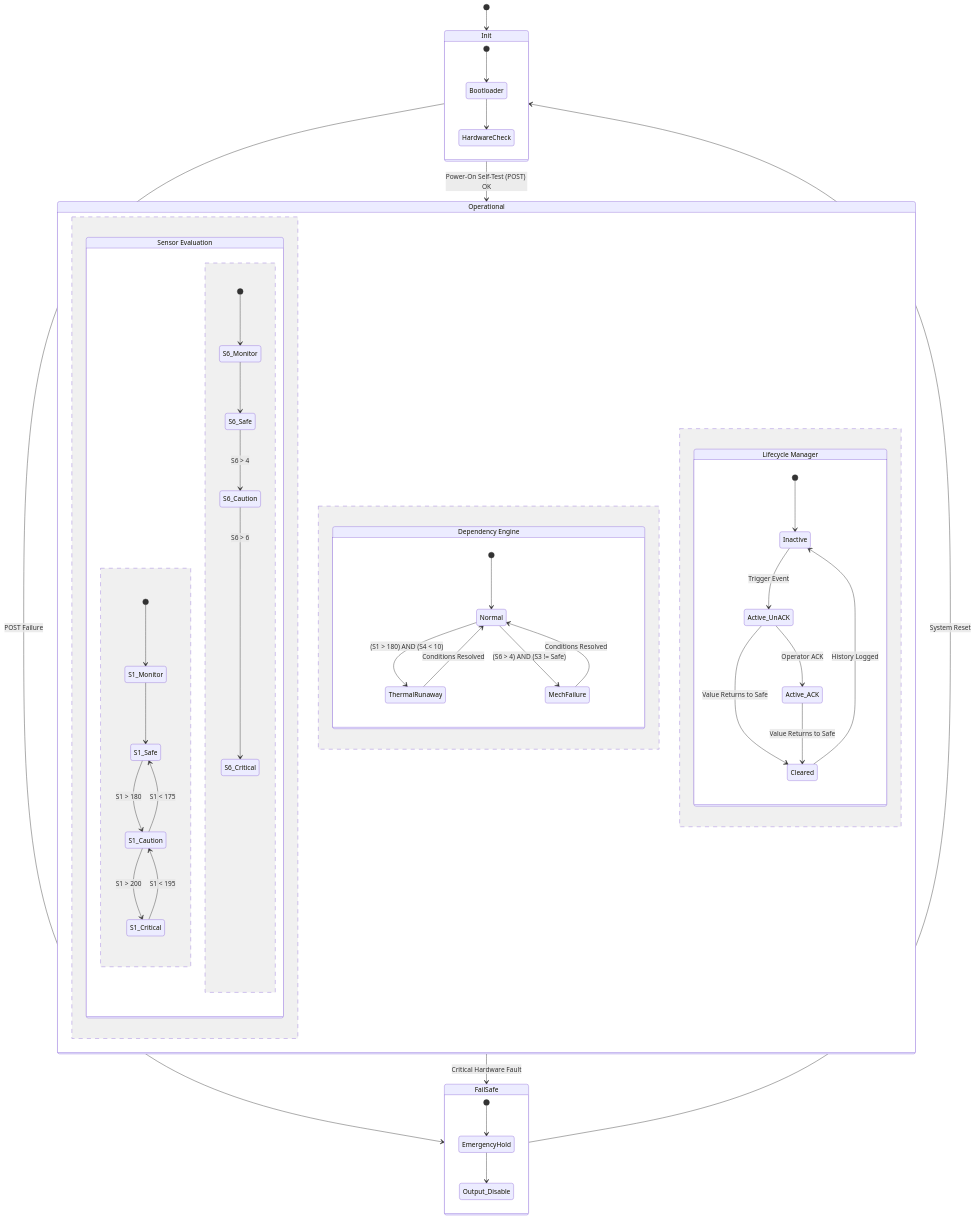
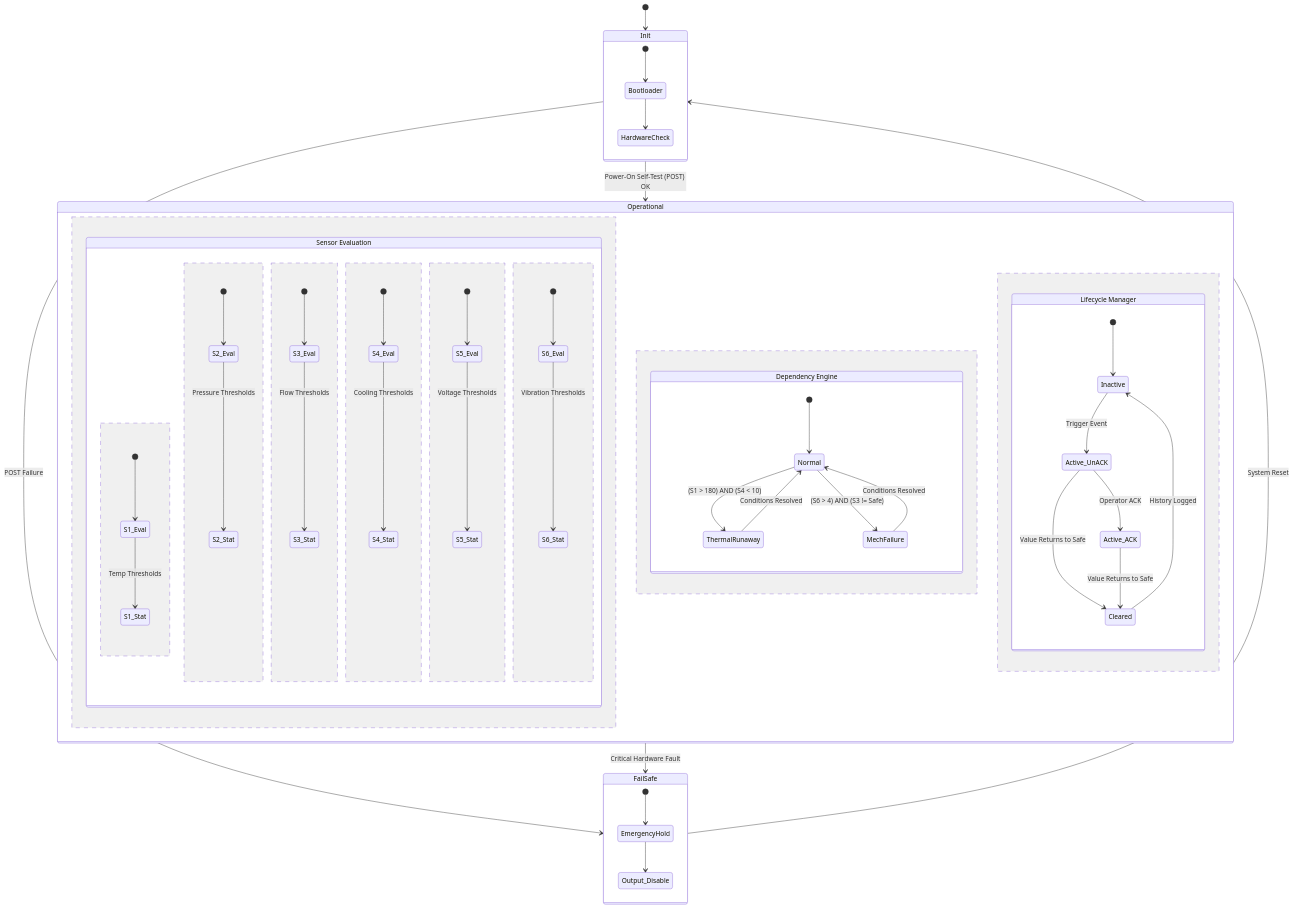
The second of 2 diagrams in docs/sections/uml-statecharts.md (csg523/project-p10-alarm-mgmt), drawn with Mermaid before and after one commit. The commit also changed other lines of this file, not shown here.

Commit message:
Enhance UML statechart with sensor evaluation states
Updated the UML statechart to include evaluation states for multiple sensors with corresponding thresholds.

````diff
--- a/docs/sections/uml-statecharts.md
+++ b/docs/sections/uml-statecharts.md
@@ -88,59 +88,64 @@
 ```mermaid
 stateDiagram-v2
     %% Top Level Transitions
     [*] --> Init
     Init --> Operational : Power-On Self-Test (POST) OK
     Init --> FailSafe : POST Failure
     Operational --> FailSafe : Critical Hardware Fault
     FailSafe --> Init : System Reset
 
     state Init {
         [*] --> Bootloader
         Bootloader --> HardwareCheck
     }
 
     state Operational {
-        %% Parallel Region 1: Sensor Classification
         state "Sensor Evaluation" as Sensors {
-            [*] --> S1_Monitor
-            S1_Monitor --> S1_Safe
-            S1_Safe --> S1_Caution : S1 > 180
-            S1_Caution --> S1_Critical : S1 > 200
-            S1_Critical --> S1_Caution : S1 < 195
-            S1_Caution --> S1_Safe : S1 < 175
+            [*] --> S1_Eval
+            S1_Eval --> S1_Stat : Temp Thresholds
             --
-            [*] --> S6_Monitor
-            S6_Monitor --> S6_Safe
-            S6_Safe --> S6_Caution : S6 > 4
-            S6_Caution --> S6_Critical : S6 > 6
+            [*] --> S2_Eval
+            S2_Eval --> S2_Stat : Pressure Thresholds
+            --
+            [*] --> S3_Eval
+            S3_Eval --> S3_Stat : Flow Thresholds
+            --
+            [*] --> S4_Eval
+            S4_Eval --> S4_Stat : Cooling Thresholds
+            --
+            [*] --> S5_Eval
+            S5_Eval --> S5_Stat : Voltage Thresholds
+            --
+            [*] --> S6_Eval
+            S6_Eval --> S6_Stat : Vibration Thresholds
         }
 
         --
 
         %% Parallel Region 2: Multi-Sensor Dependencies
         state "Dependency Engine" as Logic {
             [*] --> Normal
             Normal --> ThermalRunaway : (S1 > 180) AND (S4 < 10)
             Normal --> MechFailure : (S6 > 4) AND (S3 != Safe)
             ThermalRunaway --> Normal : Conditions Resolved
             MechFailure --> Normal : Conditions Resolved
         }
 
         --
 
         %% Parallel Region 3: Alarm Lifecycle (State Management)
         state "Lifecycle Manager" as Lifecycle {
             [*] --> Inactive
             Inactive --> Active_UnACK : Trigger Event
             Active_UnACK --> Active_ACK : Operator ACK
             Active_UnACK --> Cleared : Value Returns to Safe
             Active_ACK --> Cleared : Value Returns to Safe
             Cleared --> Inactive : History Logged
         }
     }
 
     state FailSafe {
         [*] --> EmergencyHold
         EmergencyHold --> Output_Disable
     }
 ```
````
